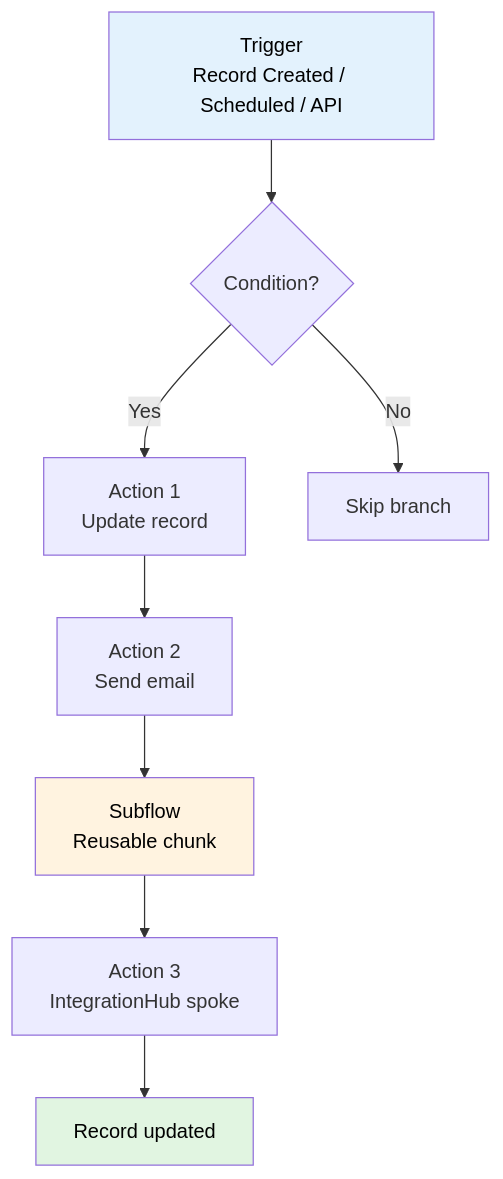
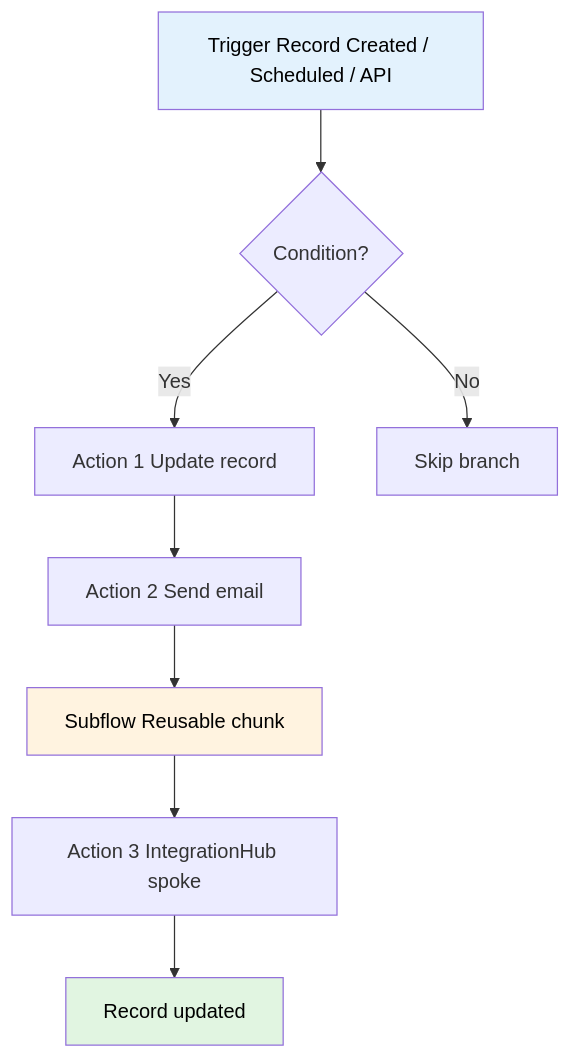
The second of 5 diagrams in docs/modules/app-engine/app-engine-guide.md (eltonaguiar/ServiceNow_Learning_TSOM-_CSM_FSM_SalesCRM_HAM_ITSM), drawn with Mermaid before and after one commit. The commit also changed other lines of this file and 11 other files, not shown here.

First line of the commit message:
Fix all mermaid diagrams: remove br/ tags that break rendering on GitHub Pages

````diff
--- a/docs/modules/app-engine/app-engine-guide.md
+++ b/docs/modules/app-engine/app-engine-guide.md
@@ -211,14 +211,14 @@
 ```mermaid
 flowchart TD
-    Trig[Trigger<br/>Record Created / Scheduled / API] --> Cond{Condition?}
-    Cond -->|Yes| Act1[Action 1<br/>Update record]
-    Act1 --> Act2[Action 2<br/>Send email]
-    Act2 --> Sub[Subflow<br/>Reusable chunk]
-    Sub --> Act3[Action 3<br/>IntegrationHub spoke]
+    Trig[Trigger Record Created / Scheduled / API] --> Cond{Condition?}
+    Cond -->|Yes| Act1[Action 1 Update record]
+    Act1 --> Act2[Action 2 Send email]
+    Act2 --> Sub[Subflow Reusable chunk]
+    Sub --> Act3[Action 3 IntegrationHub spoke]
     Act3 --> Done[Record updated]
     Cond -->|No| Skip[Skip branch]
 
     style Trig fill:#e3f2fd,color:#000
     style Sub fill:#fff3e0,color:#000
     style Done fill:#e1f5e1,color:#000
 ```
````
